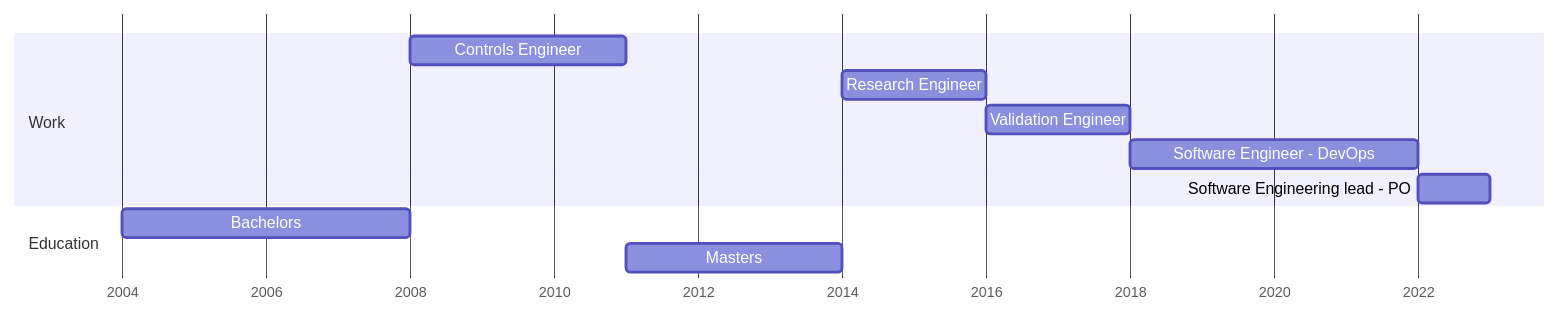
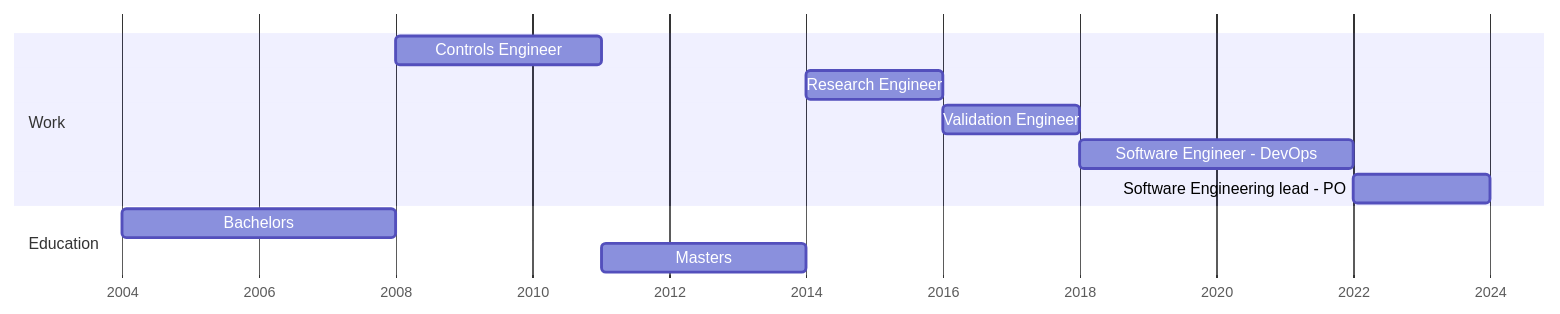
Before and after one commit to kar-ven/kar-ven.github.io: the diagram in README.md, drawn with Mermaid. The commit also changed other lines of this file, not shown here.

```diff
--- a/README.md
+++ b/README.md
@@ -2,14 +2,14 @@
 <pre class="mermaid">
 gantt
     dateFormat YYYY
     axisFormat %Y
     section Work
     Controls Engineer                  :2008, 2011
     Research Engineer                  :2014, 2016
     Validation Engineer                :2016, 2018
     Software Engineer - DevOps         :2018, 2022
-    Software Engineering lead - PO     :2022, 2023
+    Software Engineering lead - PO     :2022, 2024
     Section Education
     Bachelors                          :2004, 2008
     Masters                            :2011, 2014
 </pre>
```
